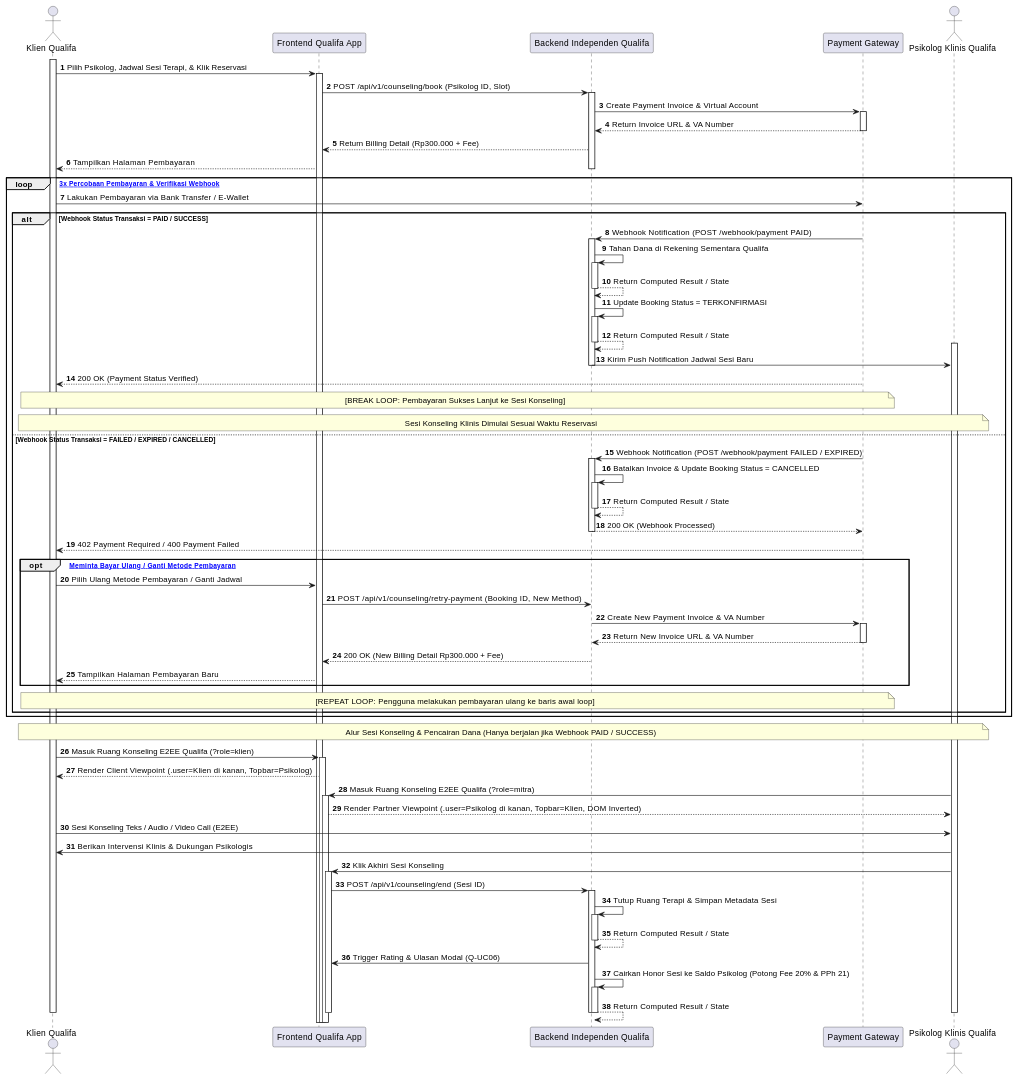
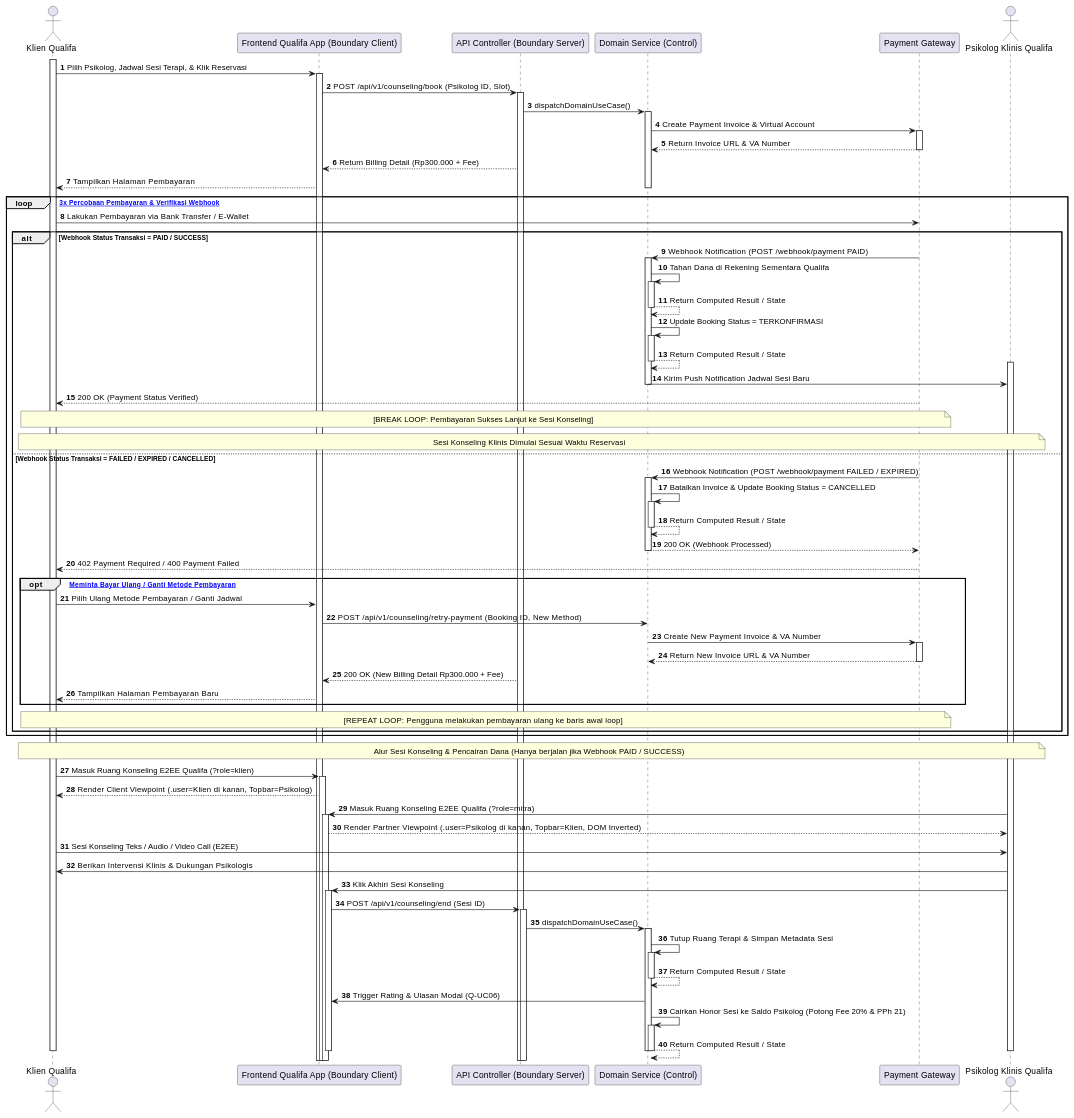
Diagram 19 of 28 in MarkDown/plantuml_sequence_diagrams.md (tupperwureism/SuperApp-Gagal), drawn with PlantUML before and after one commit. The commit also changed other lines of this file and 1 other file, not shown here.

Commit message:
refactor(sequence-diagrams): upgrade all 28 Sequence Diagrams to Component-Level 5-Lifeline BCE Architecture

````diff
--- a/MarkDown/plantuml_sequence_diagrams.md
+++ b/MarkDown/plantuml_sequence_diagrams.md
@@ -1430,74 +1263,78 @@
 ```plantuml
 @startuml
 autonumber
 actor "Klien Qualifa" as Klien
-participant "Frontend Qualifa App" as FE
-participant "Backend Independen Qualifa" as BE
+participant "Frontend Qualifa App (Boundary Client)" as B_FE
+participant "API Controller (Boundary Server)" as B_BE
+participant "Domain Service (Control)" as C_Svc
+participant "Backend Independen Qualifa" as C_Svc
 participant "Payment Gateway" as PG
 actor "Psikolog Klinis Qualifa" as Mitra
 
 activate Klien
-Klien -> FE ++ : Pilih Psikolog, Jadwal Sesi Terapi, & Klik Reservasi
-FE -> BE ++ : POST /api/v1/counseling/book (Psikolog ID, Slot)
-BE -> PG ++ : Create Payment Invoice & Virtual Account
-PG --> BE -- : Return Invoice URL & VA Number
-BE --> FE : Return Billing Detail (Rp300.000 + Fee)
-FE --> Klien : Tampilkan Halaman Pembayaran
-deactivate BE
+Klien -> B_FE ++ : Pilih Psikolog, Jadwal Sesi Terapi, & Klik Reservasi
+B_FE -> B_BE ++ : POST /api/v1/counseling/book (Psikolog ID, Slot)
+    B_BE -> C_Svc ++ : dispatchDomainUseCase()
+C_Svc -> PG ++ : Create Payment Invoice & Virtual Account
+PG --> C_Svc -- : Return Invoice URL & VA Number
+B_BE --> B_FE : Return Billing Detail (Rp300.000 + Fee)
+B_FE --> Klien : Tampilkan Halaman Pembayaran
+deactivate C_Svc
 
 loop [Maksimal 3x Percobaan Pembayaran & Verifikasi Webhook]
     Klien -> PG : Lakukan Pembayaran via Bank Transfer / E-Wallet
 
     alt Webhook Status Transaksi = PAID / SUCCESS
-        PG -> BE ++ : Webhook Notification (POST /webhook/payment PAID)
-        BE -> BE ++ : Tahan Dana di Rekening Sementara Qualifa
-        BE --> BE -- : Return Computed Result / State
-        BE -> BE ++ : Update Booking Status = TERKONFIRMASI
-        BE --> BE -- : Return Computed Result / State
+        PG -> C_Svc ++ : Webhook Notification (POST /webhook/payment PAID)
+        C_Svc -> C_Svc ++ : Tahan Dana di Rekening Sementara Qualifa
+        C_Svc --> C_Svc -- : Return Computed Result / State
+        C_Svc -> C_Svc ++ : Update Booking Status = TERKONFIRMASI
+        C_Svc --> C_Svc -- : Return Computed Result / State
         activate Mitra
-        BE -> Mitra : Kirim Push Notification Jadwal Sesi Baru
-        deactivate BE
+        C_Svc -> Mitra : Kirim Push Notification Jadwal Sesi Baru
+        deactivate C_Svc
         PG --> Klien : 200 OK (Payment Status Verified)
         note over Klien, PG : [BREAK LOOP: Pembayaran Sukses Lanjut ke Sesi Konseling]
         
         note over Klien, Mitra : Sesi Konseling Klinis Dimulai Sesuai Waktu Reservasi
     else Webhook Status Transaksi = FAILED / EXPIRED / CANCELLED
-        PG -> BE ++ : Webhook Notification (POST /webhook/payment FAILED / EXPIRED)
-        BE -> BE ++ : Batalkan Invoice & Update Booking Status = CANCELLED
-        BE --> BE -- : Return Computed Result / State
-        BE --> PG -- : 200 OK (Webhook Processed)
+        PG -> C_Svc ++ : Webhook Notification (POST /webhook/payment FAILED / EXPIRED)
+        C_Svc -> C_Svc ++ : Batalkan Invoice & Update Booking Status = CANCELLED
+        C_Svc --> C_Svc -- : Return Computed Result / State
+        C_Svc --> PG -- : 200 OK (Webhook Processed)
         PG --> Klien : 402 Payment Required / 400 Payment Failed
         
         opt [Pengguna Meminta Bayar Ulang / Ganti Metode Pembayaran]
-            Klien -> FE : Pilih Ulang Metode Pembayaran / Ganti Jadwal
-            FE -> BE : POST /api/v1/counseling/retry-payment (Booking ID, New Method)
-            BE -> PG ++ : Create New Payment Invoice & VA Number
-            PG --> BE -- : Return New Invoice URL & VA Number
-            BE --> FE : 200 OK (New Billing Detail Rp300.000 + Fee)
-            FE --> Klien : Tampilkan Halaman Pembayaran Baru
+            Klien -> B_FE : Pilih Ulang Metode Pembayaran / Ganti Jadwal
+            B_FE -> C_Svc : POST /api/v1/counseling/retry-payment (Booking ID, New Method)
+            C_Svc -> PG ++ : Create New Payment Invoice & VA Number
+            PG --> C_Svc -- : Return New Invoice URL & VA Number
+            B_BE --> B_FE : 200 OK (New Billing Detail Rp300.000 + Fee)
+            B_FE --> Klien : Tampilkan Halaman Pembayaran Baru
         end
         note over Klien, PG : [REPEAT LOOP: Pengguna melakukan pembayaran ulang ke baris awal loop]
     end
 end
 
 note over Klien, Mitra : Alur Sesi Konseling & Pencairan Dana (Hanya berjalan jika Webhook PAID / SUCCESS)
-Klien -> FE ++ : Masuk Ruang Konseling E2EE Qualifa (?role=klien)
-FE --> Klien : Render Client Viewpoint (.user=Klien di kanan, Topbar=Psikolog)
-Mitra -> FE ++ : Masuk Ruang Konseling E2EE Qualifa (?role=mitra)
-FE --> Mitra : Render Partner Viewpoint (.user=Psikolog di kanan, Topbar=Klien, DOM Inverted)
+Klien -> B_FE ++ : Masuk Ruang Konseling E2EE Qualifa (?role=klien)
+B_FE --> Klien : Render Client Viewpoint (.user=Klien di kanan, Topbar=Psikolog)
+Mitra -> B_FE ++ : Masuk Ruang Konseling E2EE Qualifa (?role=mitra)
+B_FE --> Mitra : Render Partner Viewpoint (.user=Psikolog di kanan, Topbar=Klien, DOM Inverted)
 Klien -> Mitra : Sesi Konseling Teks / Audio / Video Call (E2EE)
 Mitra -> Klien : Berikan Intervensi Klinis & Dukungan Psikologis
 
-Mitra -> FE ++ : Klik Akhiri Sesi Konseling
-FE -> BE ++ : POST /api/v1/counseling/end (Sesi ID)
-BE -> BE ++ : Tutup Ruang Terapi & Simpan Metadata Sesi
-BE --> BE -- : Return Computed Result / State
-BE -> FE : Trigger Rating & Ulasan Modal (Q-UC06)
-BE -> BE ++ : Cairkan Honor Sesi ke Saldo Psikolog (Potong Fee 20% & PPh 21)
-BE --> BE -- : Return Computed Result / State
-deactivate BE
-deactivate FE
+Mitra -> B_FE ++ : Klik Akhiri Sesi Konseling
+B_FE -> B_BE ++ : POST /api/v1/counseling/end (Sesi ID)
+    B_BE -> C_Svc ++ : dispatchDomainUseCase()
+C_Svc -> C_Svc ++ : Tutup Ruang Terapi & Simpan Metadata Sesi
+C_Svc --> C_Svc -- : Return Computed Result / State
+C_Svc -> B_FE : Trigger Rating & Ulasan Modal (Q-UC06)
+C_Svc -> C_Svc ++ : Cairkan Honor Sesi ke Saldo Psikolog (Potong Fee 20% & PPh 21)
+C_Svc --> C_Svc -- : Return Computed Result / State
+deactivate C_Svc
+deactivate B_FE
 deactivate Klien
 deactivate Mitra
 @enduml
 ```
````
